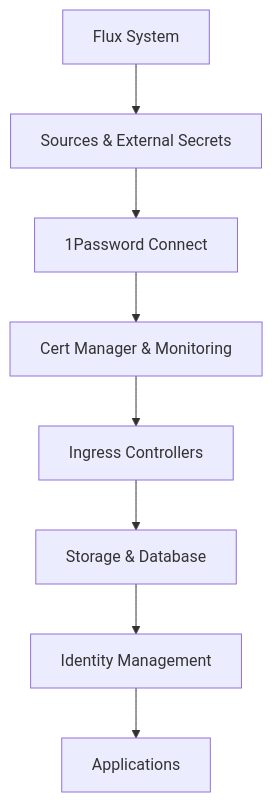
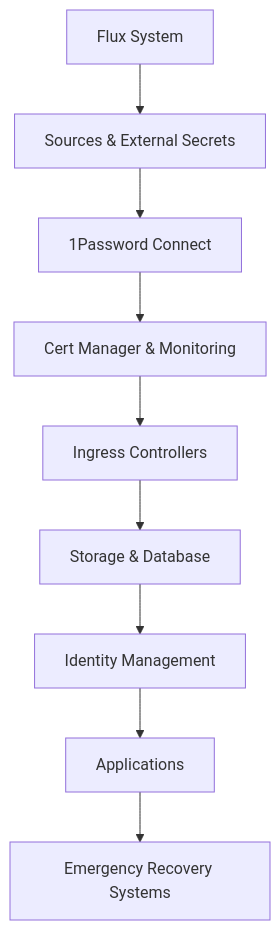
One commit to geoffdavis/talos-gitops changed the diagram in .kilocode/rules/memory-bank/architecture.md. Above: the diagram before and after it, drawn with Mermaid. The commit also changed other lines of this file and 4 other files, not shown here.

First line of the commit message:
docs(memory-bank): update architecture, context, brief, tasks, and tech after emergency recovery completion

````diff
--- a/.kilocode/rules/memory-bank/architecture.md
+++ b/.kilocode/rules/memory-bank/architecture.md
@@ -324,10 +372,11 @@
 ```mermaid
 graph TD
     A[Flux System] --> B[Sources & External Secrets]
     B --> C[1Password Connect]
     C --> D[Cert Manager & Monitoring]
     D --> E[Ingress Controllers]
     E --> F[Storage & Database]
     F --> G[Identity Management]
     G --> H[Applications]
+    H --> I[Emergency Recovery Systems]
 ```
````
